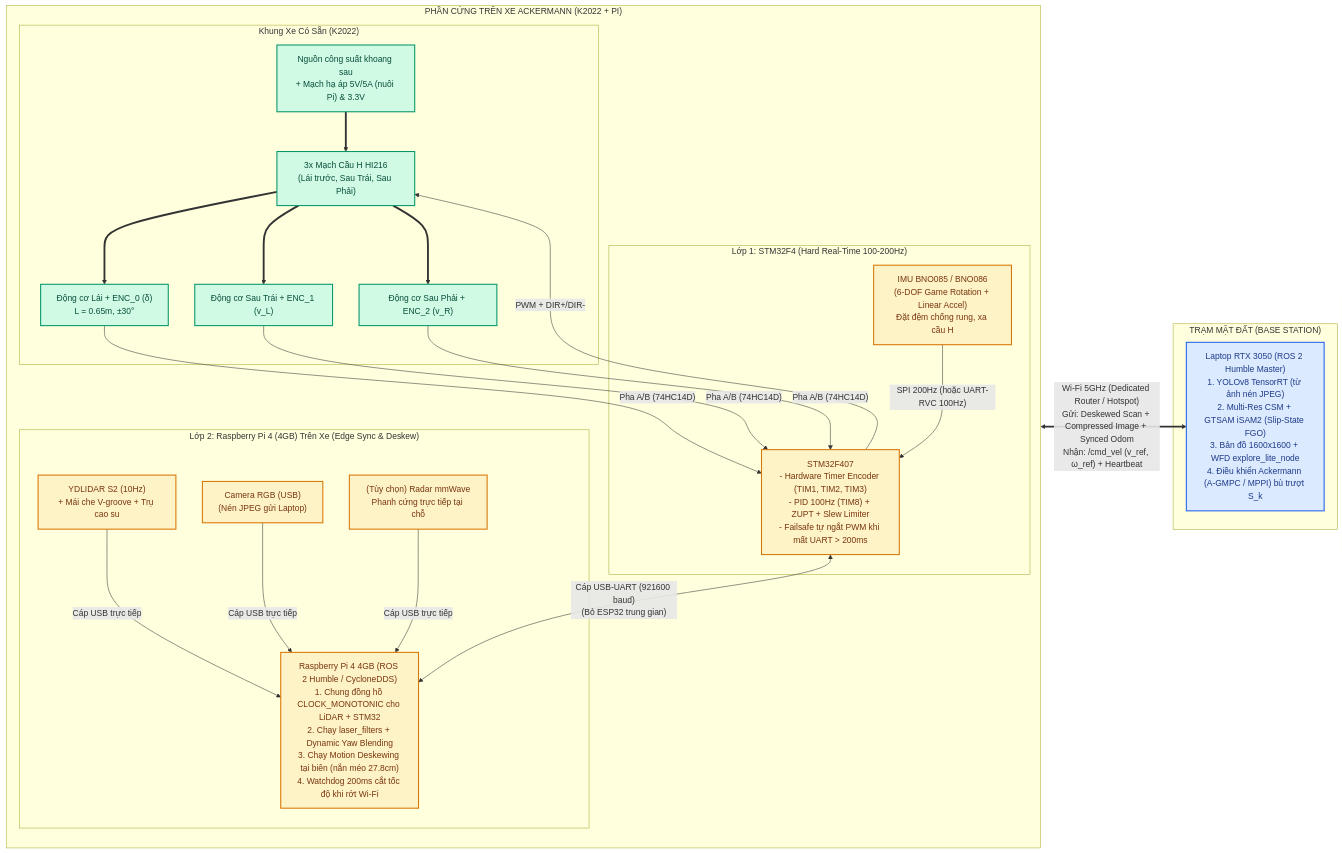
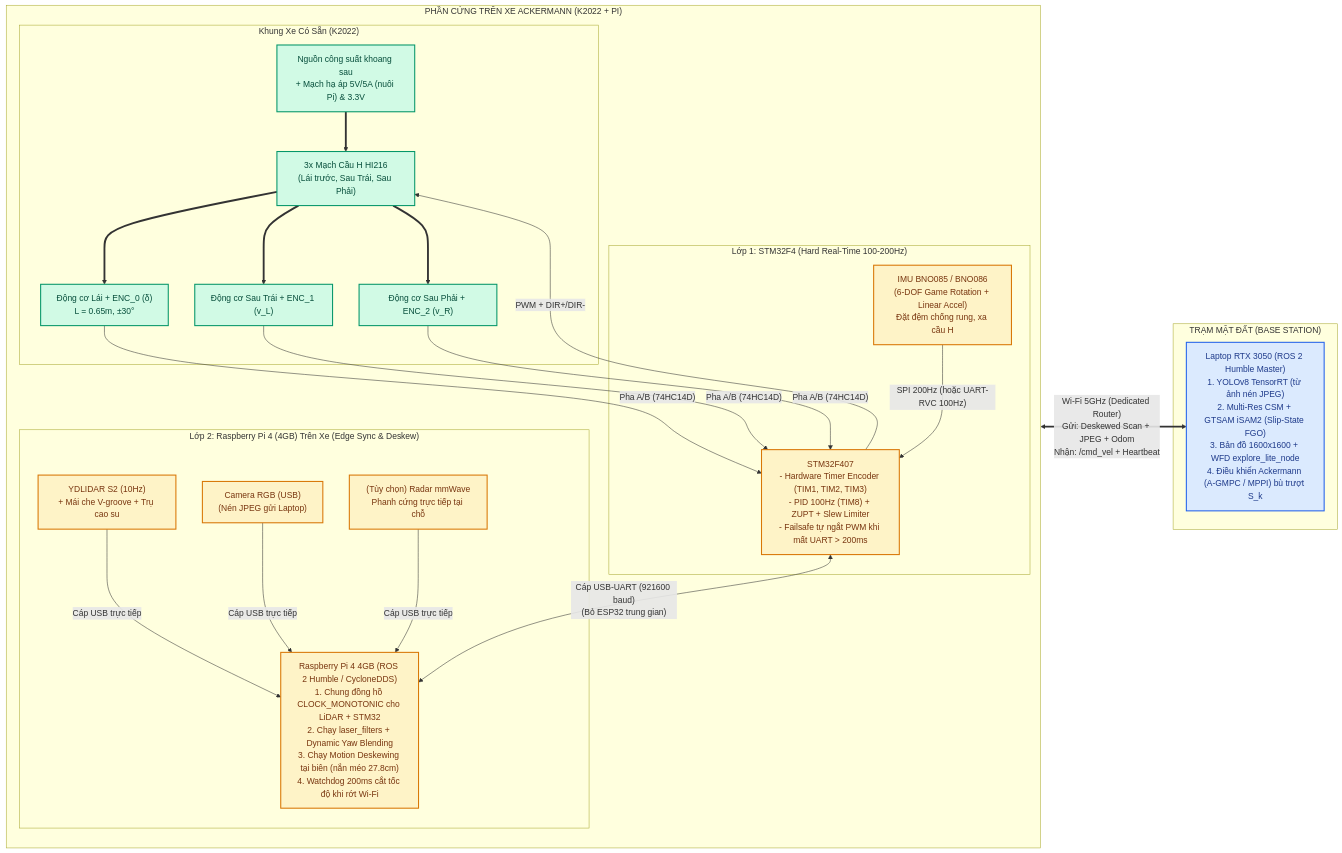
One commit to hutaozuzu/Do-an changed the first of 2 diagrams in FGO_OPTIMIZED_ARCHITECTURE.md. Above: the diagram before and after it, drawn with Mermaid. The commit also changed 1 other file, not shown here.

Commit message:
fix: wrap long Mermaid edge labels to prevent text clipping

````diff
--- a/FGO_OPTIMIZED_ARCHITECTURE.md
+++ b/FGO_OPTIMIZED_ARCHITECTURE.md
@@ -19,45 +19,45 @@
 ```mermaid
 flowchart LR
     subgraph ONBOARD_CAR ["PHẦN CỨNG TRÊN XE ACKERMANN (K2022 + PI)"]
         direction TB
         subgraph BASE_HW ["Khung Xe Có Sẵn (K2022)"]
             PWR["Nguồn công suất khoang sau<br/>+ Mạch hạ áp 5V/5A (nuôi Pi) & 3.3V"]
             DRV["3x Mạch Cầu H HI216<br/>(Lái trước, Sau Trái, Sau Phải)"]
             M_STR["Động cơ Lái + ENC_0 (δ)<br/>L = 0.65m, ±30°"]
             M_RL["Động cơ Sau Trái + ENC_1 (v_L)"]
             M_RR["Động cơ Sau Phải + ENC_2 (v_R)"]
             PWR ==> DRV ==> M_STR & M_RL & M_RR
         end
 
         subgraph L1_STM ["Lớp 1: STM32F4 (Hard Real-Time 100-200Hz)"]
             IMU["IMU BNO085 / BNO086<br/>(6-DOF Game Rotation + Linear Accel)<br/>Đặt đệm chống rung, xa cầu H"]
             STM["STM32F407<br/>- Hardware Timer Encoder (TIM1, TIM2, TIM3)<br/>- PID 100Hz (TIM8) + ZUPT + Slew Limiter<br/>- Failsafe tự ngắt PWM khi mất UART > 200ms"]
             M_STR & M_RL & M_RR -->|"Pha A/B (74HC14D)"| STM
             STM -->|"PWM + DIR+/DIR-"| DRV
             IMU -->|"SPI 200Hz (hoặc UART-RVC 100Hz)"| STM
         end
 
         subgraph L2_PI ["Lớp 2: Raspberry Pi 4 (4GB) Trên Xe (Edge Sync & Deskew)"]
             LIDAR["YDLIDAR S2 (10Hz)<br/>+ Mái che V-groove + Trụ cao su"]
             CAM["Camera RGB (USB)<br/>(Nén JPEG gửi Laptop)"]
             RADAR["(Tùy chọn) Radar mmWave<br/>Phanh cứng trực tiếp tại chỗ"]
             PI["Raspberry Pi 4 4GB (ROS 2 Humble / CycloneDDS)<br/>1. Chung đồng hồ CLOCK_MONOTONIC cho LiDAR + STM32<br/>2. Chạy laser_filters + Dynamic Yaw Blending<br/>3. Chạy Motion Deskewing tại biên (nắn méo 27.8cm)<br/>4. Watchdog 200ms cắt tốc độ khi rớt Wi-Fi"]
             
             STM <-->|"Cáp USB-UART (921600 baud)<br/>(Bỏ ESP32 trung gian)"| PI
             LIDAR & CAM & RADAR -->|"Cáp USB trực tiếp"| PI
         end
     end
 
     subgraph GROUND_STATION ["TRẠM MẶT ĐẤT (BASE STATION)"]
         LAP["Laptop RTX 3050 (ROS 2 Humble Master)<br/>1. YOLOv8 TensorRT (từ ảnh nén JPEG)<br/>2. Multi-Res CSM + GTSAM iSAM2 (Slip-State FGO)<br/>3. Bản đồ 1600x1600 + WFD explore_lite_node<br/>4. Điều khiển Ackermann (A-GMPC / MPPI) bù trượt S_k"]
     end
 
-    PI <==>|"Wi-Fi 5GHz (Dedicated Router / Hotspot)<br/>Gửi: Deskewed Scan + Compressed Image + Synced Odom<br/>Nhận: /cmd_vel (v_ref, ω_ref) + Heartbeat"| LAP
+    PI <==>|"Wi-Fi 5GHz (Dedicated Router)<br/>Gửi: Deskewed Scan + JPEG + Odom<br/>Nhận: /cmd_vel + Heartbeat"| LAP
 
     classDef kept fill:#d1fae5,stroke:#059669,stroke-width:2px,color:#064e3b;
     classDef edge fill:#fef3c7,stroke:#d97706,stroke-width:2px,color:#78350f;
     classDef master fill:#dbeafe,stroke:#2563eb,stroke-width:2px,color:#1e3a8a;
     class PWR,DRV,M_STR,M_RL,M_RR kept;
     class IMU,STM,LIDAR,CAM,RADAR,PI edge;
     class LAP master;
 ```
````
